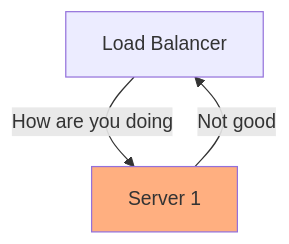
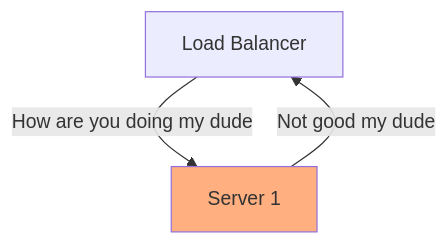
The eighth of 9 diagrams in src/01/01.md (alexcasper/NCHCS767), drawn with Mermaid before and after one commit. The commit also changed other lines of this file, not shown here.

````diff
--- a/src/01/01.md
+++ b/src/01/01.md
@@ -258,8 +294,8 @@
 ```mermaid
 flowchart
 LB[Load Balancer]
 S1[Server 1]
-LB-->|How are you doing|S1:::red 
-S1-->|Not good|LB
+LB-->|How are you doing my dude|S1:::red 
+S1-->|Not good my dude|LB
   classDef red fill:#FFAF80
 ```
````
